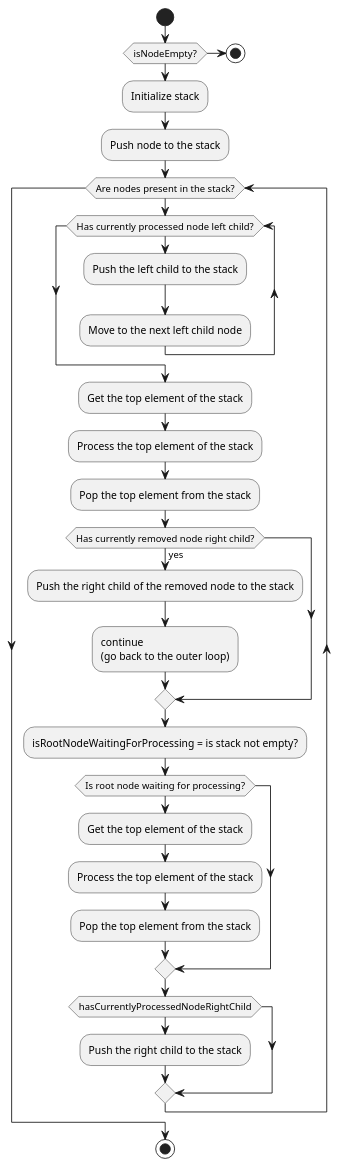
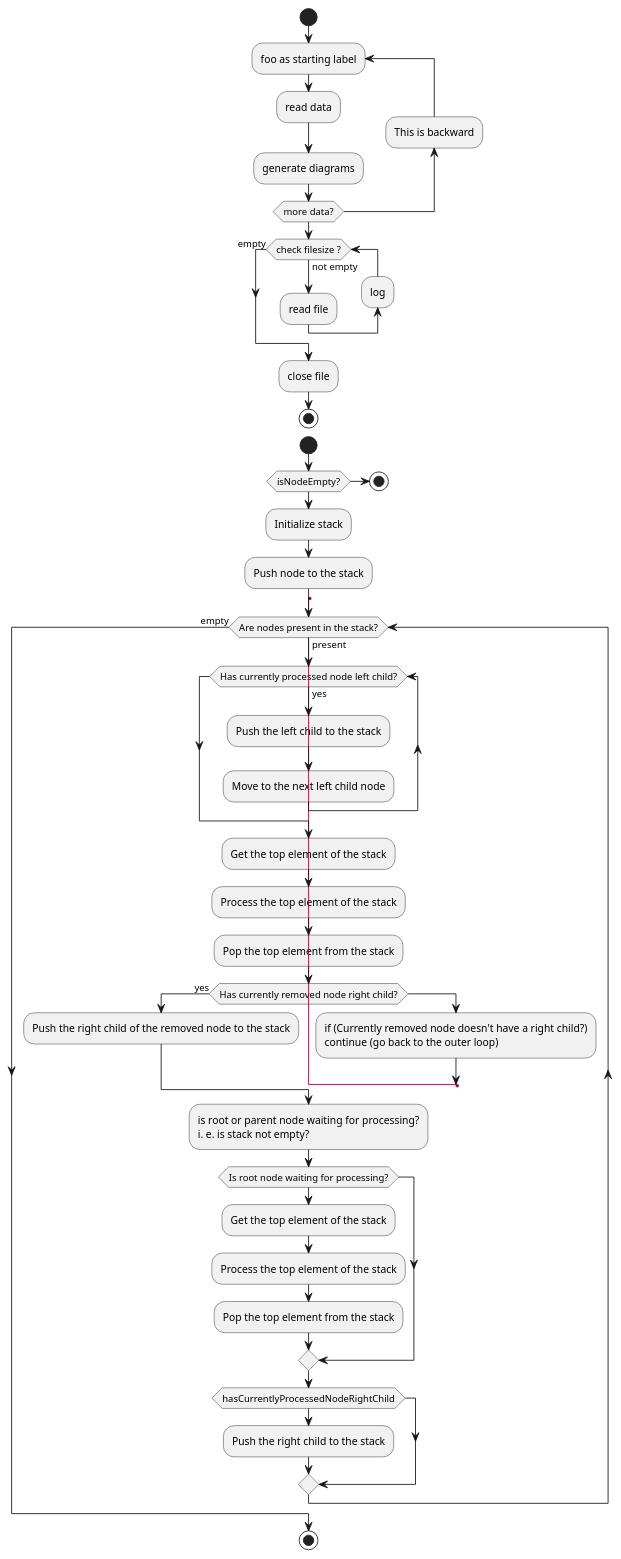
Before and after one commit to kyberdrb/CLionProjects: the diagram in binary_search_tree/bst-inorder_traversal-iterative.puml, drawn with PlantUML. The commit also changed 1 other file, not shown here.

Commit message:
Binary Search Tree: finalize activity diagram for in-order traversal...
...and clarify variable names

```diff
--- a/binary_search_tree/bst-inorder_traversal-iterative.puml
+++ b/binary_search_tree/bst-inorder_traversal-iterative.puml
@@ -1,52 +1,86 @@
 @startuml
 'https://plantuml.com/activity-diagram-beta
+
+
+start
+repeat :foo as starting label;
+  :read data;
+  :generate diagrams;
+backward:This is backward;
+repeat while (more data?)
+
+while (check filesize ?) is (not empty)
+  :read file;
+  backward:log;
+endwhile (empty)
+:close file;
+
+stop
 
 start
 if (isNodeEmpty?) then
   stop
 else
   :Initialize stack;
   :Push node to the stack;
 
-  while (Are nodes present in the stack?)
+  label outerLoop
+  'while (Are nodes present in the stack?)
   'repeat
-    label outerLoop
-    while (Has currently processed node left child?)
+  while (Are nodes present in the stack?) is (present)
+  'repeat :inlineOuterLoopLabel;
+    'label outerLoop
+    while (Has currently processed node left child?) is (yes)
       :Push the left child to the stack;
       :Move to the next left child node;
     end while
 
     :Get the top element of the stack;
     :Process the top element of the stack;
     :Pop the top element from the stack;
 
     if (Has currently removed node right child?) then (yes)
       :Push the right child of the removed node to the stack;
-      :continue\n(go back to the outer loop);
+      ':continue\n(go back to the outer loop);
       ':continue;
       '-->[left] continue;
       ':continue;
       ':continue loop
       'goto outerLoop;
       'backward:return;
+      'backward:continue;
+      'backward:log;
       'goto outerLoop
+    else
+      :if (Currently removed node doesn't have a right child?)\ncontinue (go back to the outer loop);
+      goto outerLoop
+
+      'goto continueFromOuterLoop
+      'goto inlineOuterLoopLabel
+      'goto foo
+      'goto backwardOuterLoopAfter
     endif
 
-    :isRootNodeWaitingForProcessing = is stack not empty?;
+    'backward:if (Currently removed node doesn't have a right child?)\ncontinue (go back to the outer loop);
+    'label backwardOuterLoopAfter
+
+    :is root or parent node waiting for processing?\ni. e. is stack not empty?;
     if (Is root node waiting for processing?)
       :Get the top element of the stack;
       :Process the top element of the stack;
       :Pop the top element from the stack;
     endif
 
     if (hasCurrentlyProcessedNodeRightChild)
         :Push the right child to the stack;
     endif
 
     ':continue\n(go back to the outer loop);
+    'label foo
     ':continue;
-  end while
+  'end while
   'repeat while (Are nodes present in the stack?)
+  endwhile (empty)
 stop
 
 @enduml
```
